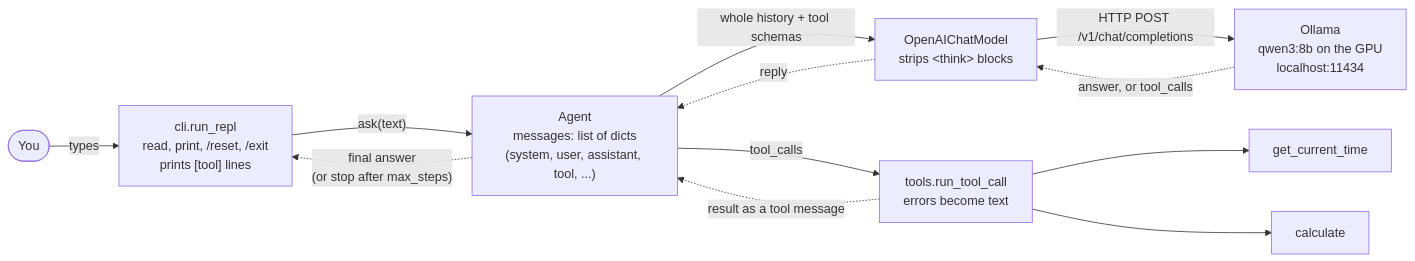
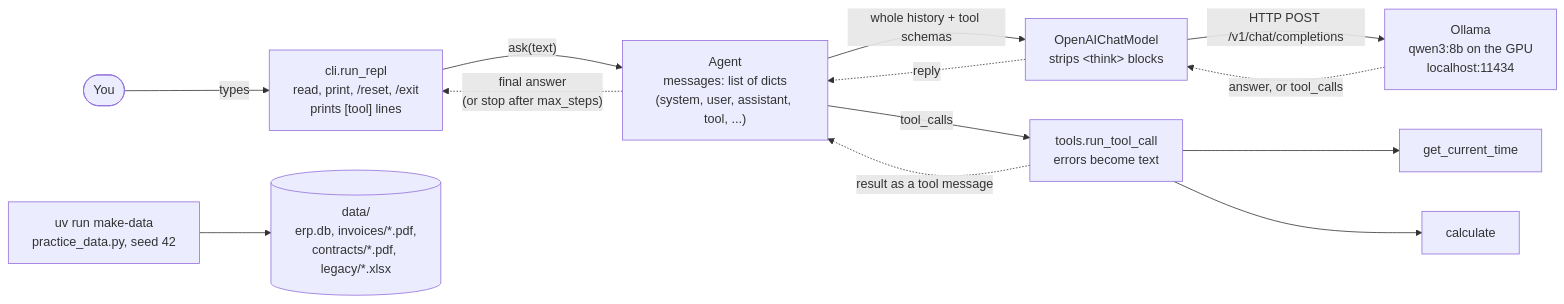
One commit to abilalakin/agent-harness-from-scratch changed the diagram in docs/architecture.md. Above: the diagram before and after it, drawn with Mermaid. The commit also changed other lines of this file and 10 other files, not shown here.

Commit message:
feat: add practice data generator

````diff
--- a/docs/architecture.md
+++ b/docs/architecture.md
@@ -5,14 +5,16 @@
 ```mermaid
 flowchart LR
     User([You]) -- types --> CLI["cli.run_repl<br/>read, print, /reset, /exit<br/>prints [tool] lines"]
     CLI -- "ask(text)" --> Agent["Agent<br/>messages: list of dicts<br/>(system, user, assistant, tool, ...)"]
     Agent -- "whole history + tool schemas" --> Model["OpenAIChatModel<br/>strips &lt;think&gt; blocks"]
     Model -- "HTTP POST /v1/chat/completions" --> Ollama["Ollama<br/>qwen3:8b on the GPU<br/>localhost:11434"]
     Ollama -. "answer, or tool_calls" .-> Model
     Model -. reply .-> Agent
     Agent -- "tool_calls" --> Runner["tools.run_tool_call<br/>errors become text"]
     Runner --> T1[get_current_time]
     Runner --> T2[calculate]
     Runner -. "result as a tool message" .-> Agent
     Agent -. "final answer<br/>(or stop after max_steps)" .-> CLI
+
+    MakeData["uv run make-data<br/>practice_data.py, seed 42"] --> Data[("data/<br/>erp.db, invoices/*.pdf,<br/>contracts/*.pdf, legacy/*.xlsx")]
 ```
````
